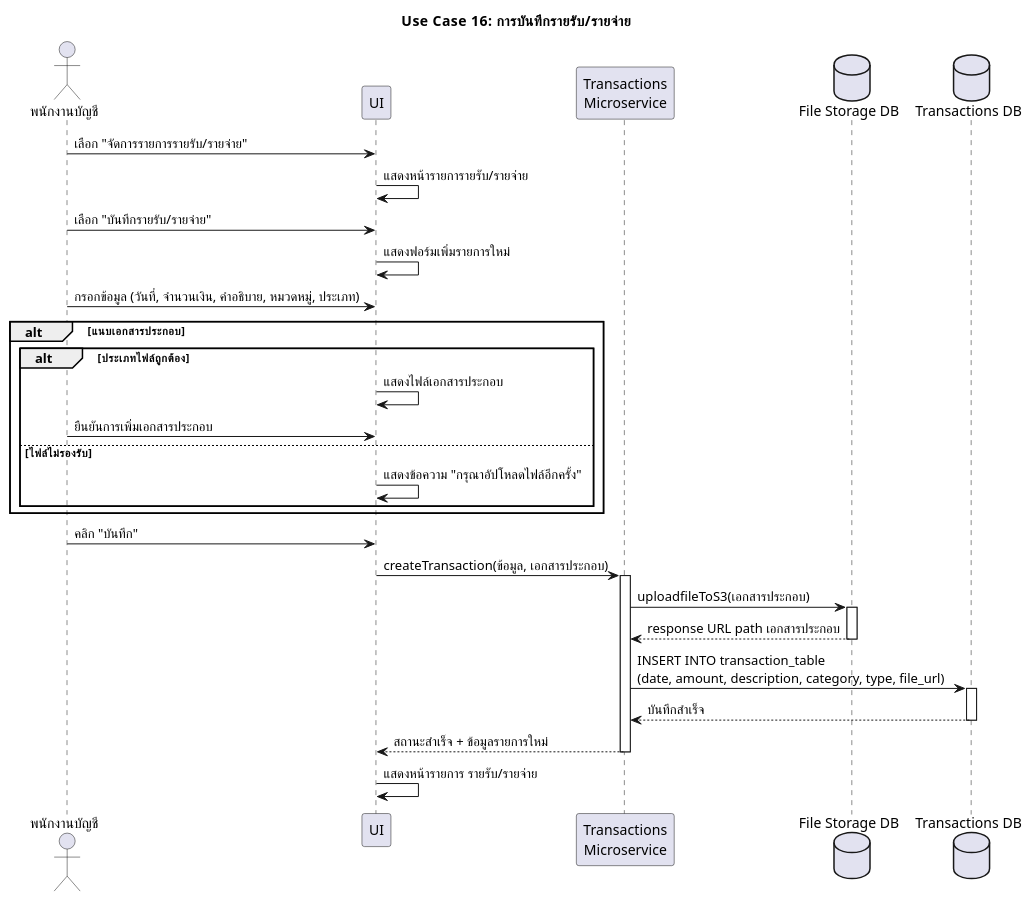
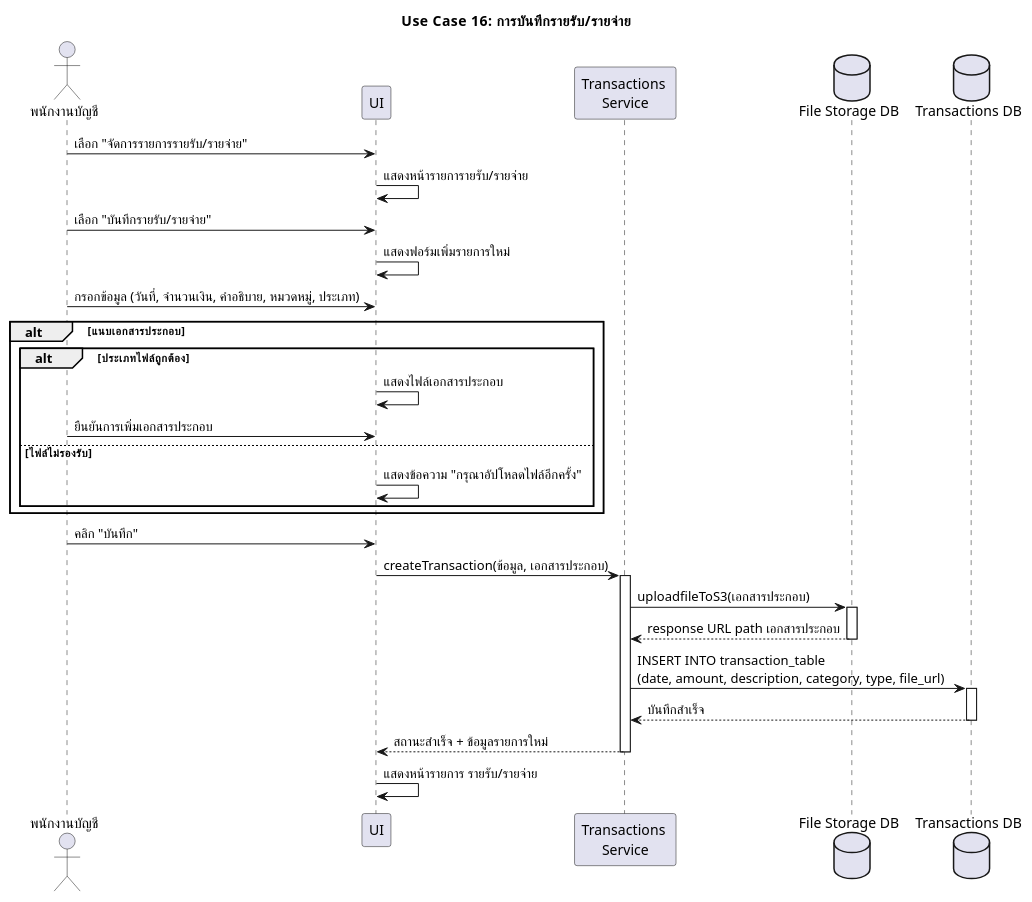
Before and after one commit to warinyang/UML-monthly-room-rent: the diagram in usecase16_save_transaction.plantuml, drawn with PlantUML.

```diff
--- a/usecase16_save_transaction.plantuml
+++ b/usecase16_save_transaction.plantuml
@@ -1,46 +1,46 @@
 @startuml Use Case 16: การบันทึกรายรับ/รายจ่าย
 skinparam defaultFontName "TH Sarabun New"
 title Use Case 16: การบันทึกรายรับ/รายจ่าย
 
 actor "พนักงานบัญชี" as Accountant
 participant "UI" as UI
-participant "Transactions\nMicroservice" as TxnMS
+participant "Transactions \nService" as TxnMS
 database "File Storage DB" as FileDB
 database "Transactions DB" as TxnDB
 
 
 Accountant -> UI : เลือก "จัดการรายการรายรับ/รายจ่าย"
 UI -> UI : แสดงหน้ารายการายรับ/รายจ่าย
 
 Accountant -> UI : เลือก "บันทึกรายรับ/รายจ่าย"
 UI -> UI : แสดงฟอร์มเพิ่มรายการใหม่
 
 Accountant -> UI : กรอกข้อมูล (วันที่, จำนวนเงิน, คำอธิบาย, หมวดหมู่, ประเภท)
 alt แนบเอกสารประกอบ
     alt ประเภทไฟล์ถูกต้อง
         UI -> UI : แสดงไฟล์เอกสารประกอบ
         Accountant -> UI: ยืนยันการเพิ่มเอกสารประกอบ
     else ไฟล์ไม่รองรับ
         UI->UI : แสดงข้อความ "กรุณาอัปโหลดไฟล์อีกครั้ง"
     end
 end
 
 Accountant -> UI : คลิก "บันทึก"
 UI -> TxnMS : createTransaction(ข้อมูล, เอกสารประกอบ)
 activate TxnMS
 TxnMS -> FileDB: uploadfileToS3(เอกสารประกอบ)
 activate FileDB
 FileDB --> TxnMS: response URL path เอกสารประกอบ
 deactivate FileDB
 
 
 
 TxnMS -> TxnDB : INSERT INTO transaction_table \n(date, amount, description, category, type, file_url)
 activate TxnDB
 TxnDB --> TxnMS : บันทึกสำเร็จ
 deactivate TxnDB
 TxnMS --> UI : สถานะสำเร็จ + ข้อมูลรายการใหม่
 deactivate TxnMS
 
 UI -> UI : แสดงหน้ารายการ รายรับ/รายจ่าย
 @enduml
```
